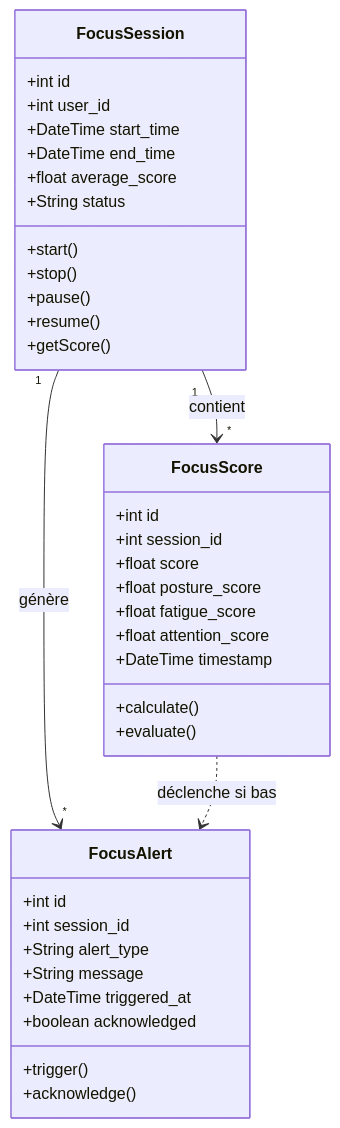
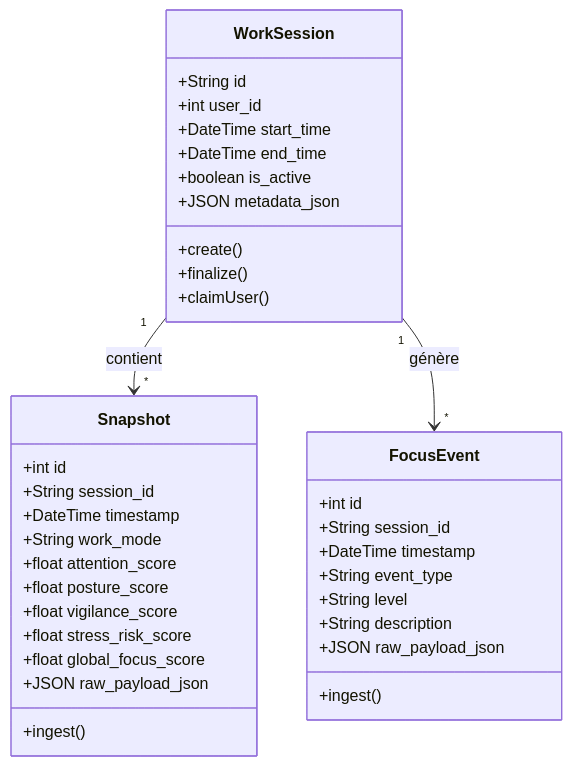
Before and after one commit to Jkacem/smart_focus: the fourth of 7 diagrams in docs/Conception_DiagrammeClasses.md, drawn with Mermaid. The commit also changed other lines of this file and 93 other files, not shown here.

````diff
--- a/docs/Conception_DiagrammeClasses.md
+++ b/docs/Conception_DiagrammeClasses.md
@@ -564,43 +361,42 @@
 ```mermaid
 classDiagram
-    class FocusSession {
-        +int id
+    class WorkSession {
+        +String id
         +int user_id
         +DateTime start_time
         +DateTime end_time
-        +float average_score
-        +String status
-        +start()
-        +stop()
-        +pause()
-        +resume()
-        +getScore()
+        +boolean is_active
+        +JSON metadata_json
+        +create()
+        +finalize()
+        +claimUser()
     }
 
-    class FocusScore {
+    class Snapshot {
         +int id
-        +int session_id
-        +float score
+        +String session_id
+        +DateTime timestamp
+        +String work_mode
+        +float attention_score
         +float posture_score
-        +float fatigue_score
-        +float attention_score
-        +DateTime timestamp
-        +calculate()
-        +evaluate()
+        +float vigilance_score
+        +float stress_risk_score
+        +float global_focus_score
+        +JSON raw_payload_json
+        +ingest()
     }
 
-    class FocusAlert {
+    class FocusEvent {
         +int id
-        +int session_id
-        +String alert_type
-        +String message
-        +DateTime triggered_at
-        +boolean acknowledged
-        +trigger()
-        +acknowledge()
+        +String session_id
+        +DateTime timestamp
+        +String event_type
+        +String level
+        +String description
+        +JSON raw_payload_json
+        +ingest()
     }
 
-    FocusSession "1" --> "*" FocusScore : contient
-    FocusSession "1" --> "*" FocusAlert : génère
-    FocusScore ..> FocusAlert : déclenche si bas
+    WorkSession "1" --> "*" Snapshot : contient
+    WorkSession "1" --> "*" FocusEvent : génère
 ```
````
